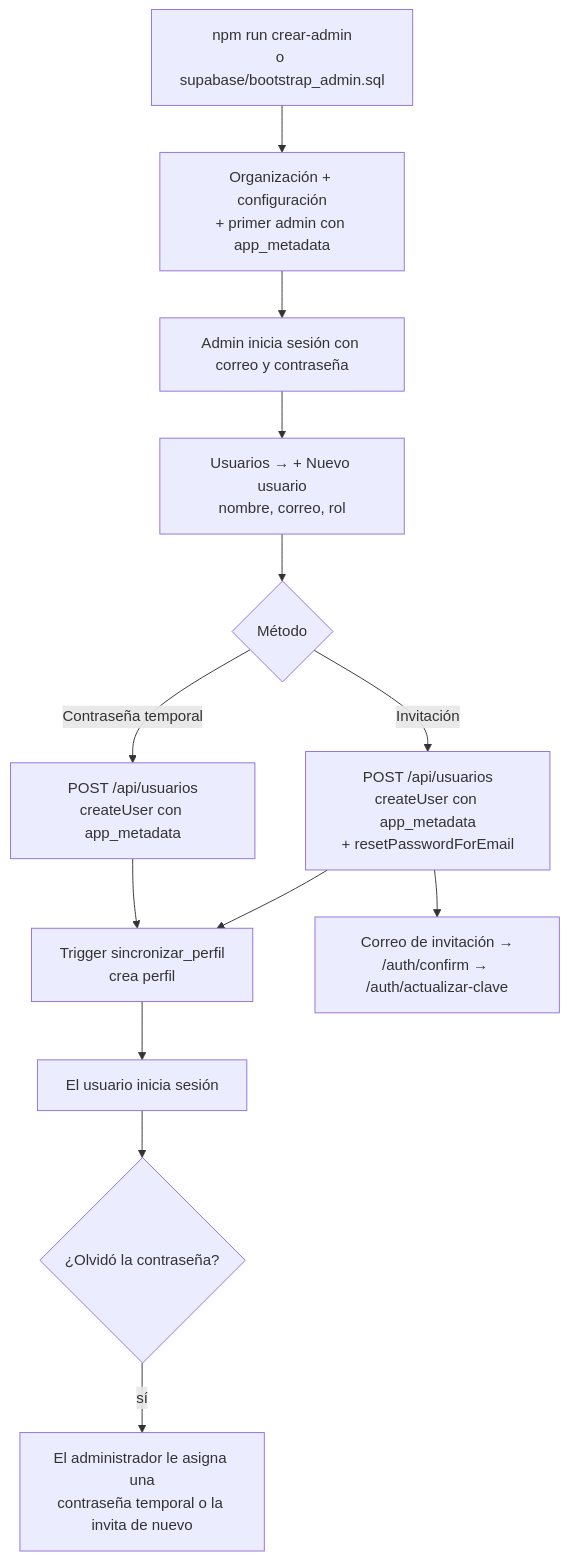
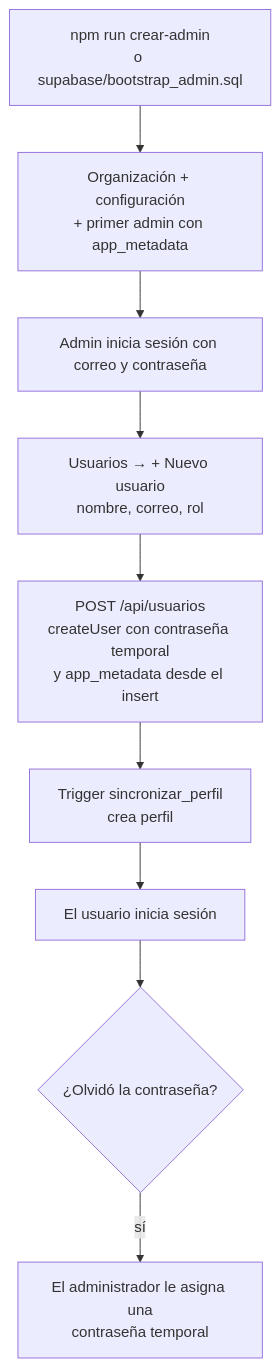
The second of 2 diagrams in docs/04-flujo-registro-producto.md (Cristianlinktic/dashboard-costos-moda), drawn with Mermaid before and after one commit. The commit also changed 13 other files, not shown here.

Commit message:
Usuarios: solo contraseña temporal; se quitan invitaciones por correo y las rutas /auth/*

````diff
--- a/docs/04-flujo-registro-producto.md
+++ b/docs/04-flujo-registro-producto.md
@@ -45,15 +45,11 @@
 ```mermaid
 flowchart TD
   A[npm run crear-admin<br/>o supabase/bootstrap_admin.sql] --> B[Organización + configuración<br/>+ primer admin con app_metadata]
   B --> C[Admin inicia sesión con correo y contraseña]
   C --> D[Usuarios → + Nuevo usuario<br/>nombre, correo, rol]
-  D --> E{Método}
-  E -- Contraseña temporal --> F[POST /api/usuarios<br/>createUser con app_metadata]
-  E -- Invitación --> G[POST /api/usuarios<br/>createUser con app_metadata<br/>+ resetPasswordForEmail]
+  D --> F[POST /api/usuarios<br/>createUser con contraseña temporal<br/>y app_metadata desde el insert]
   F --> H[Trigger sincronizar_perfil<br/>crea perfil]
-  G --> H
-  G --> I[Correo de invitación →<br/>/auth/confirm → /auth/actualizar-clave]
   H --> J[El usuario inicia sesión]
   J --> K{¿Olvidó la contraseña?}
-  K -- sí --> L[El administrador le asigna una<br/>contraseña temporal o la invita de nuevo]
+  K -- sí --> L[El administrador le asigna una<br/>contraseña temporal]
 ```
````
